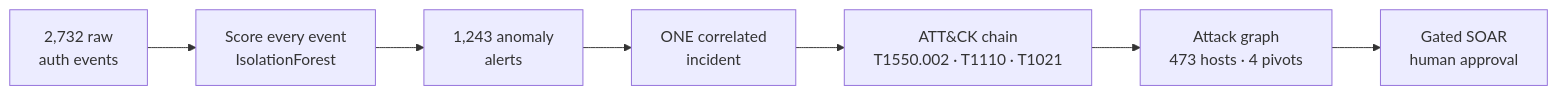
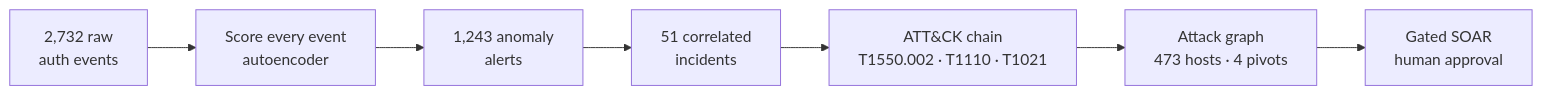
One commit to RishiiGamer2201/resilience-graph-ai changed the second of 4 diagrams in PITCH_DECK.md. Above: the diagram before and after it, drawn with Mermaid. The commit also changed other lines of this file and 20 other files, not shown here.

````diff
--- a/PITCH_DECK.md
+++ b/PITCH_DECK.md
@@ -98,9 +98,9 @@
 ```mermaid
 flowchart LR
-  A["2,732 raw<br/>auth events"] --> B["Score every event<br/>IsolationForest"]
+  A["2,732 raw<br/>auth events"] --> B["Score every event<br/>autoencoder"]
   B --> C["1,243 anomaly<br/>alerts"]
-  C --> D["ONE correlated<br/>incident"]
+  C --> D["51 correlated<br/>incidents"]
   D --> E["ATT&CK chain<br/>T1550.002 · T1110 · T1021"]
   E --> F["Attack graph<br/>473 hosts · 4 pivots"]
   F --> G["Gated SOAR<br/>human approval"]
 ```
````
